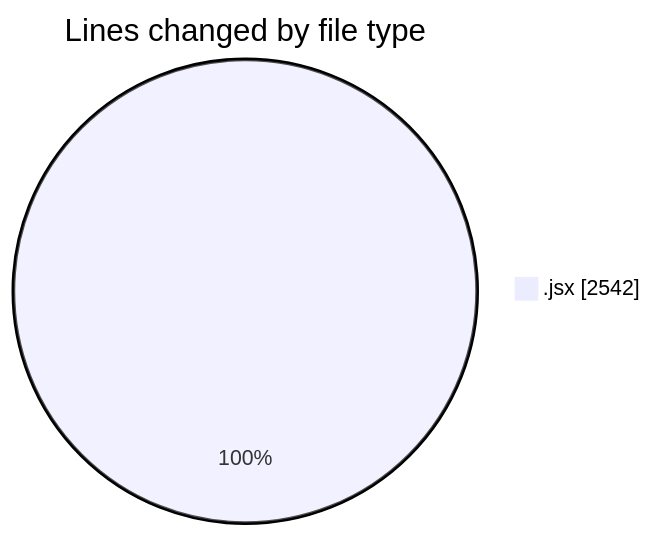
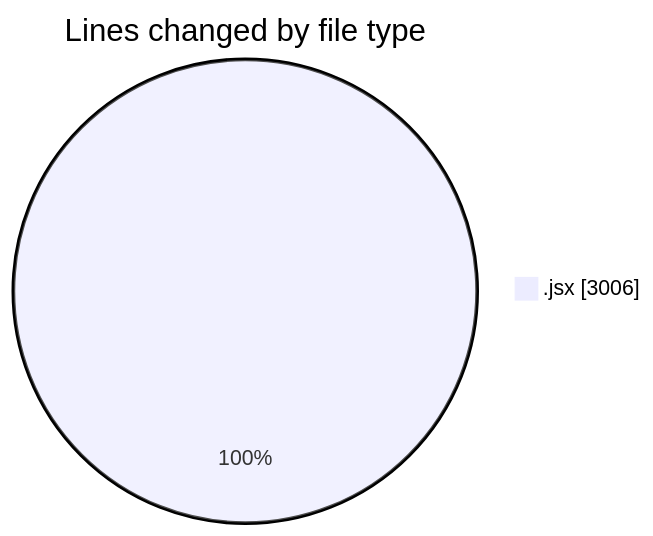
One commit to nxtqubesakshisongat/code-tracking changed the first of 2 diagrams in 2025-07-15/argos/README.md. Above: the diagram before and after it, drawn with Mermaid. The commit also changed other lines of this file and 1 other file, not shown here.

````diff
--- a/2025-07-15/argos/README.md
+++ b/2025-07-15/argos/README.md
@@ -23,5 +24,5 @@
 ```mermaid
 pie showData
 title Lines changed by file type
-".jsx" : 2542
+".jsx" : 3006
 ```
````
